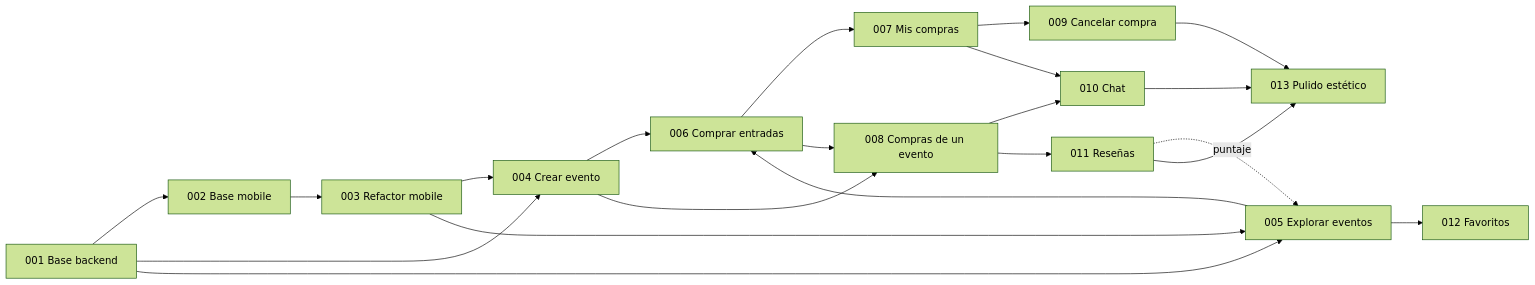
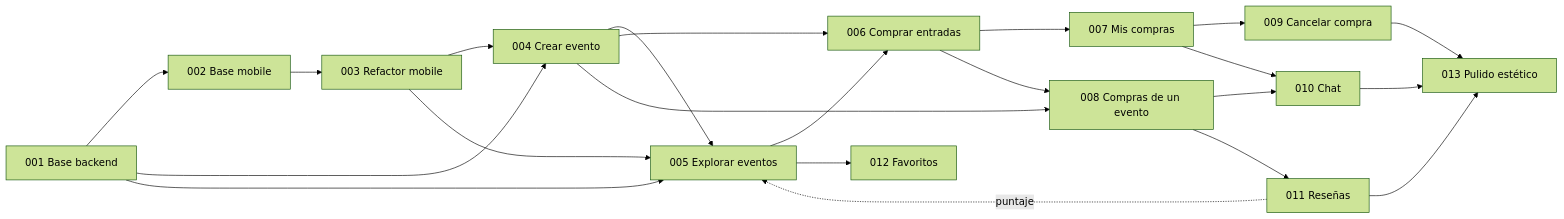
One commit to bdasilvabarata/ai-ticket-it changed the diagram in docs/backlog.md. Above: the diagram before and after it, drawn with Mermaid (forest theme). The commit also changed other lines of this file and 2 other files, not shown here.

````diff
--- a/docs/backlog.md
+++ b/docs/backlog.md
@@ -30,23 +30,24 @@
 ```mermaid
 graph LR
   F001[001 Base backend] --> F002[002 Base mobile]
   F002 --> F003[003 Refactor mobile]
   F001 --> F004[004 Crear evento]
   F003 --> F004
   F001 --> F005[005 Explorar eventos]
   F003 --> F005
+  F004 --> F005
   F004 --> F006[006 Comprar entradas]
   F005 --> F006
   F006 --> F007[007 Mis compras]
   F004 --> F008[008 Compras de un evento]
   F006 --> F008
   F007 --> F009[009 Cancelar compra]
   F007 --> F010[010 Chat]
   F008 --> F010
   F008 --> F011[011 Reseñas]
   F011 -. puntaje .-> F005
   F005 --> F012[012 Favoritos]
   F009 --> F013[013 Pulido estético]
   F010 --> F013
   F011 --> F013
 ```
````
